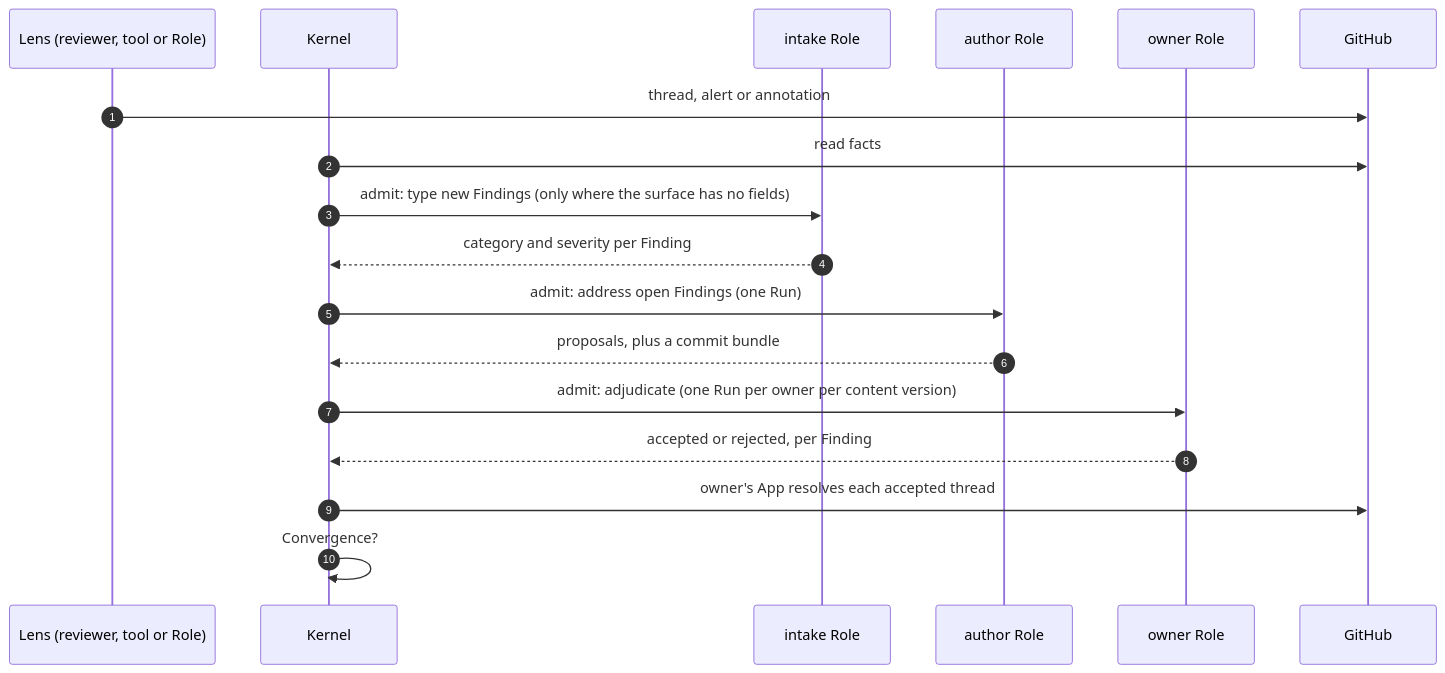
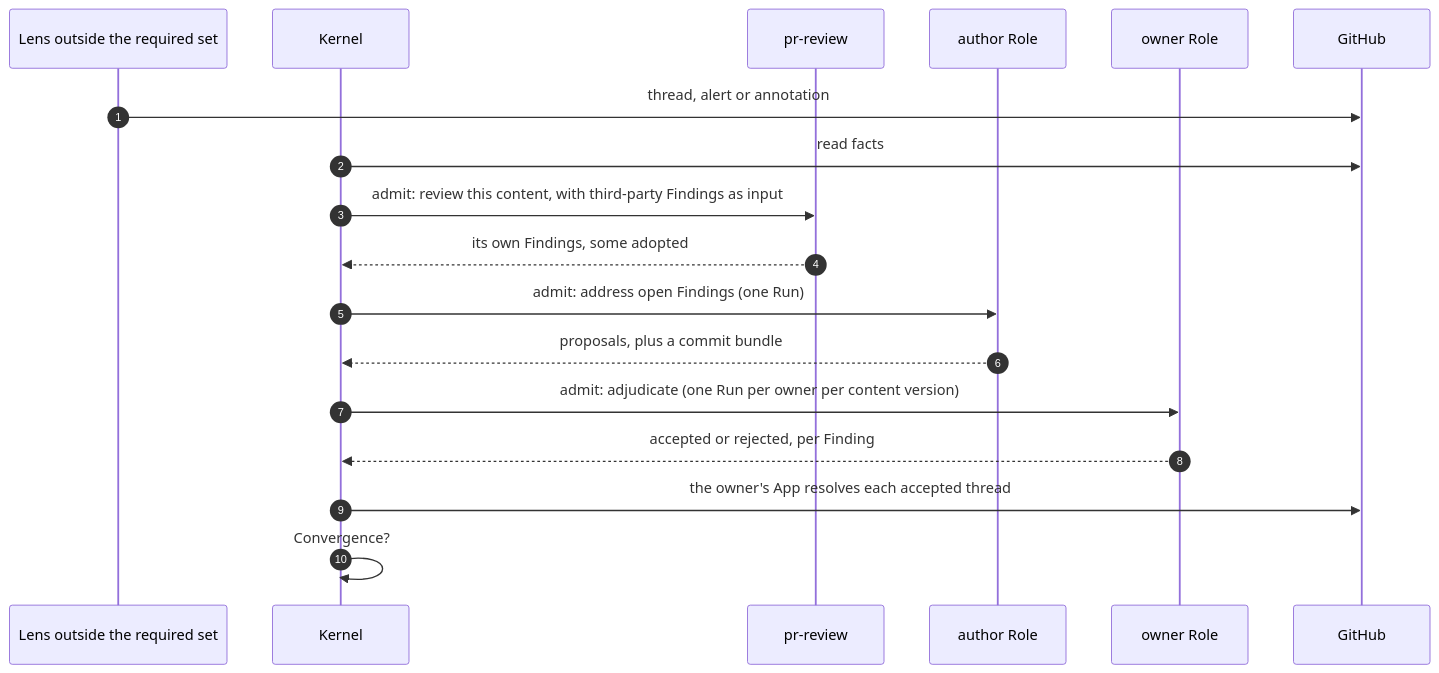
The fifth of 5 diagrams in docs/architecture/software-factory-design.md (combsmith/.github-private), drawn with Mermaid before and after one commit. The commit also changed other lines of this file and 3 other files, not shown here.

````diff
--- a/docs/architecture/software-factory-design.md
+++ b/docs/architecture/software-factory-design.md
@@ -594,21 +594,21 @@
 ```mermaid
 sequenceDiagram
   autonumber
-  participant L as Lens (reviewer, tool or Role)
+  participant L as Lens outside the required set
   participant K as Kernel
-  participant I as intake Role
+  participant Rv as pr-review
   participant Au as author Role
   participant Ow as owner Role
   participant G as GitHub
 
   L->>G: thread, alert or annotation
   K->>G: read facts
-  K->>I: admit: type new Findings (only where the surface has no fields)
-  I-->>K: category and severity per Finding
+  K->>Rv: admit: review this content, with third-party Findings as input
+  Rv-->>K: its own Findings, some adopted
   K->>Au: admit: address open Findings (one Run)
   Au-->>K: proposals, plus a commit bundle
   K->>Ow: admit: adjudicate (one Run per owner per content version)
   Ow-->>K: accepted or rejected, per Finding
-  K->>G: owner's App resolves each accepted thread
+  K->>G: the owner's App resolves each accepted thread
   K->>K: Convergence?
 ```
````
